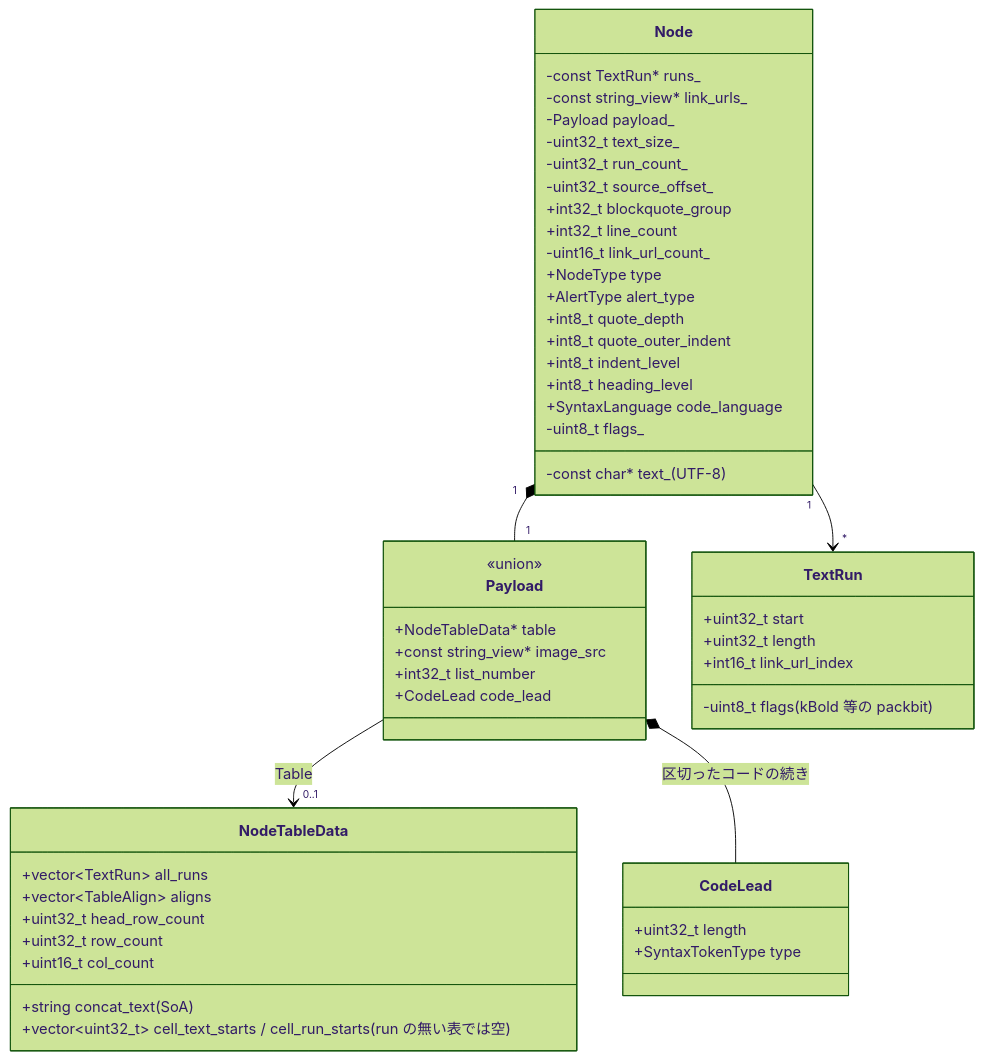
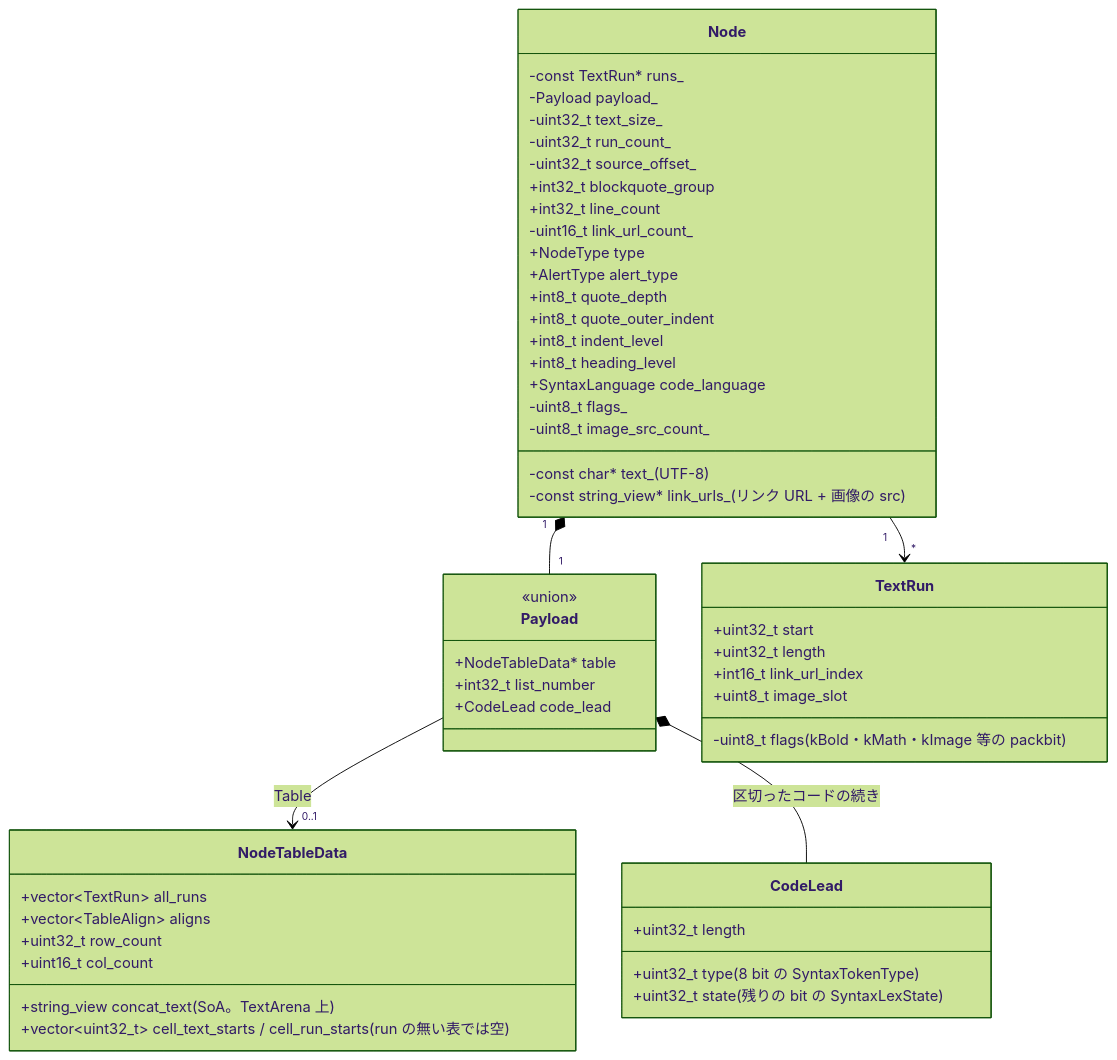
Before and after one commit to tanaton/mendo: diagram 15 of 58 in example/test.md, drawn with Mermaid (forest theme). The commit also changed other lines of this file and 91 other files, not shown here.

````diff
--- a/example/test.md
+++ b/example/test.md
@@ -2786,58 +2939,59 @@
 ```mermaid
 classDiagram
     class Node {
         -const char* text_ (UTF-8)
         -const TextRun* runs_
-        -const string_view* link_urls_
+        -const string_view* link_urls_ (リンク URL + 画像の src)
         -Payload payload_
         -uint32_t text_size_
         -uint32_t run_count_
         -uint32_t source_offset_
         +int32_t blockquote_group
         +int32_t line_count
         -uint16_t link_url_count_
         +NodeType type
         +AlertType alert_type
         +int8_t quote_depth
         +int8_t quote_outer_indent
         +int8_t indent_level
         +int8_t heading_level
         +SyntaxLanguage code_language
         -uint8_t flags_
+        -uint8_t image_src_count_
     }
 
     class Payload {
         <<union>>
         +NodeTableData* table
-        +const string_view* image_src
         +int32_t list_number
         +CodeLead code_lead
     }
 
     class CodeLead {
         +uint32_t length
-        +SyntaxTokenType type
+        +uint32_t type (8 bit の SyntaxTokenType)
+        +uint32_t state (残りの bit の SyntaxLexState)
     }
 
     class NodeTableData {
-        +string concat_text (SoA)
+        +string_view concat_text (SoA。TextArena 上)
         +vector~TextRun~ all_runs
         +vector~uint32_t~ cell_text_starts / cell_run_starts (run の無い表では空)
         +vector~TableAlign~ aligns
-        +uint32_t head_row_count
         +uint32_t row_count
         +uint16_t col_count
     }
 
     class TextRun {
         +uint32_t start
         +uint32_t length
         +int16_t link_url_index
-        -uint8_t flags (kBold 等の packbit)
+        -uint8_t flags (kBold・kMath・kImage 等の packbit)
+        +uint8_t image_slot
     }
 
     Node "1" --> "*" TextRun
     Node "1" *-- "1" Payload
     Payload --> "0..1" NodeTableData : Table
     Payload *-- CodeLead : 区切ったコードの続き
 ```
````
